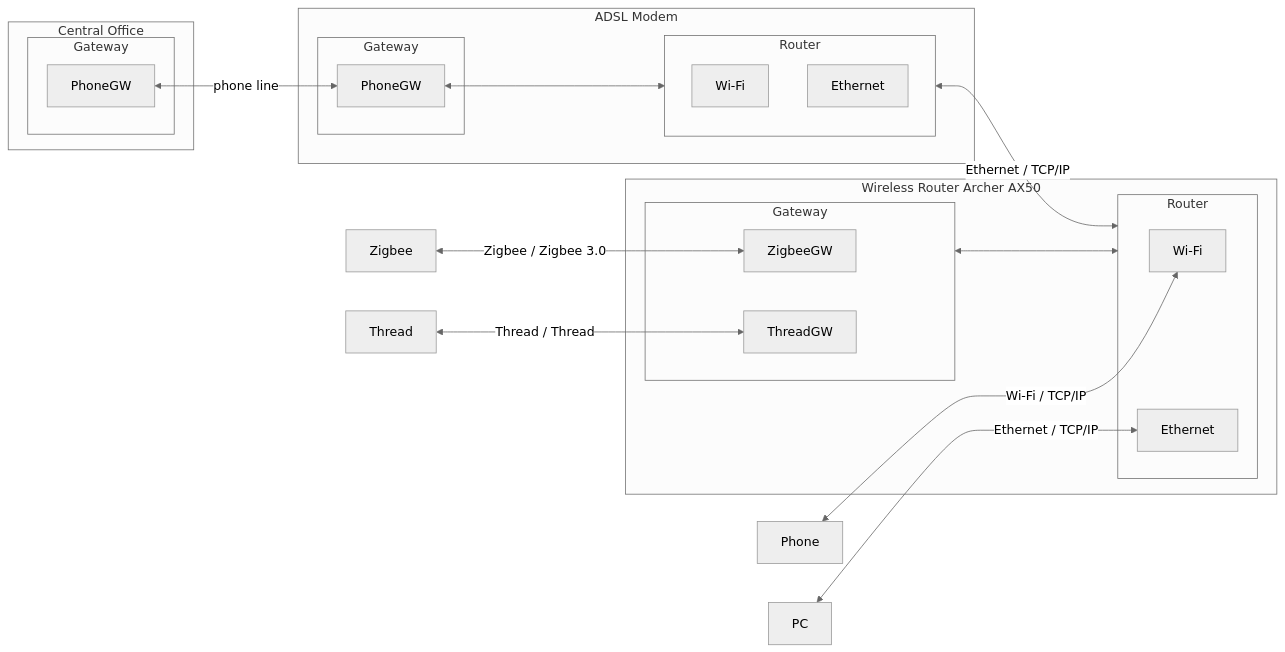
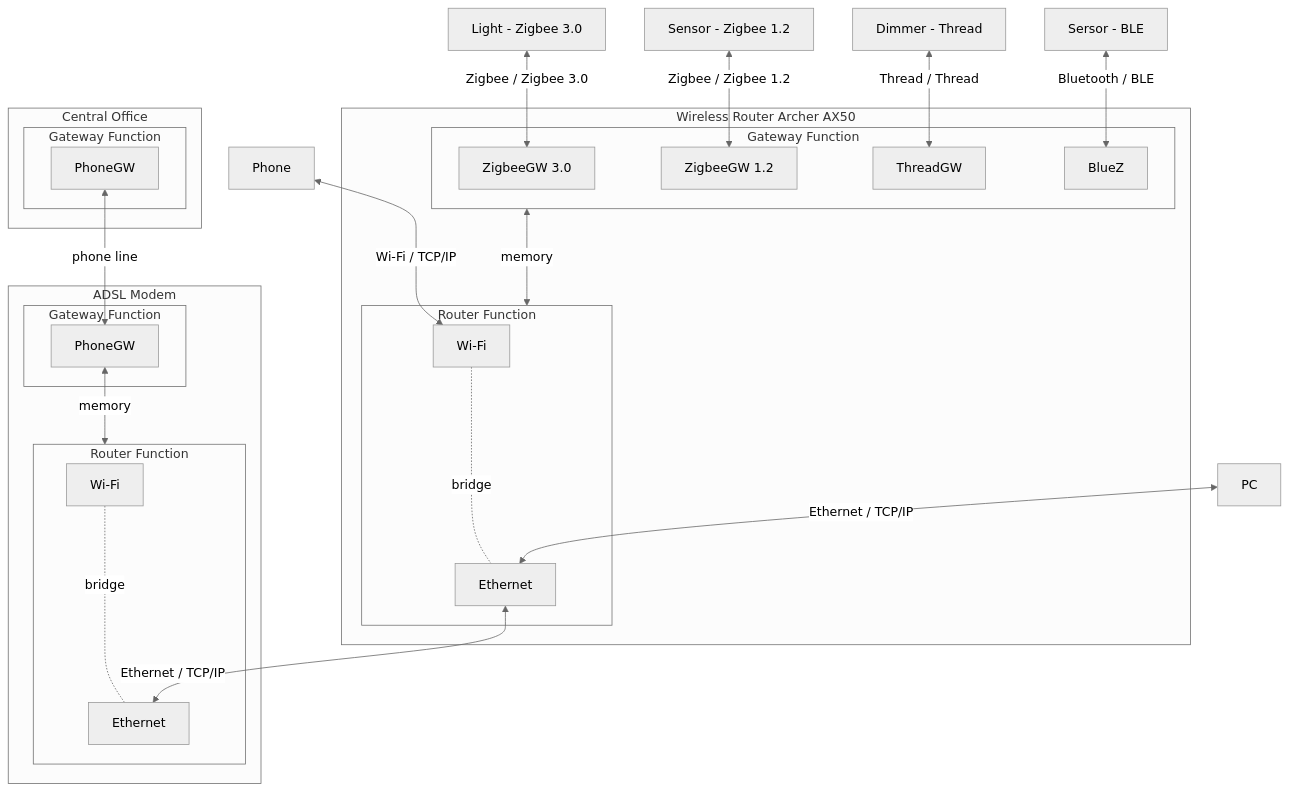
The fifth of 5 diagrams in helper_IoT.md (lankahsu520/HelperX), drawn with Mermaid (neutral theme) before and after one commit. The commit also changed other lines of this file, not shown here.

````diff
--- a/helper_IoT.md
+++ b/helper_IoT.md
@@ -90,44 +90,52 @@
 ```mermaid
-flowchart LR
+flowchart TD
 	subgraph Office["Central Office"]
-		subgraph GatewayO[Gateway]
+		subgraph GatewayO[Gateway Function]
 			PhoneO[PhoneGW]
 		end
 	end
 	subgraph Modem["ADSL Modem"]
-		subgraph RouterM[Router]
+		subgraph RouterM[Router Function]
 			RouterWiFiM[Wi-Fi]
 			RouterLanM[Ethernet]
+			RouterWiFiM -..- |bridge|RouterLanM
 		end
-		subgraph GatewayM[Gateway]
+		subgraph GatewayM[Gateway Function]
     	PhoneM[PhoneGW]
 		end
-    PhoneM<-->RouterM
+    PhoneM<--> |memory| RouterM
 	end
 	subgraph A["Wireless Router Archer AX50"]
-		subgraph RouterA[Router]
+		subgraph RouterA[Router Function]
 			RouterWiFiA[Wi-Fi]
 			RouterLanA[Ethernet]
+			RouterWiFiA -..- |bridge|RouterLanA
 		end
-		subgraph GatewayA[Gateway]
-			ZigbeeGWA[ZigbeeGW]
-			ThreadGWA[ThreadGW]
-		end
-		GatewayA<-->RouterA
+		subgraph GatewayA[Gateway Function]
+			ZigbeeGW3[ZigbeeGW 3.0]
+			ZigbeeGW1[ZigbeeGW 1.2]
+      ThreadGWA[ThreadGW]
+      BLUEZ[BlueZ]
+    end
+		GatewayA<-->|memory|RouterA
 	end
 
 PC[PC]
 Phone[Phone]
-Zigbee[Zigbee]
-Thread[Thread]
+Zigbee1[Sensor - Zigbee 1.2]
+Zigbee3[Light - Zigbee 3.0]
+Thread[Dimmer - Thread]
+BLE1[Sersor - BLE]
 
-Zigbee <--> |Zigbee / Zigbee 3.0|ZigbeeGWA
+Zigbee1 <--> |Zigbee / Zigbee 1.2|ZigbeeGW1
+Zigbee3 <--> |Zigbee / Zigbee 3.0|ZigbeeGW3
 Thread <--> |Thread / Thread|ThreadGWA
+BLE1 <--> |Bluetooth / BLE|BLUEZ
 
 PC <--> |Ethernet / TCP/IP|RouterLanA
 Phone <--> |Wi-Fi / TCP/IP|RouterWiFiA
 
-RouterM <--> |Ethernet / TCP/IP|RouterA
+RouterLanA <--> |Ethernet / TCP/IP|RouterLanM
 
 PhoneO <--> |phone line|PhoneM
 ```
````
